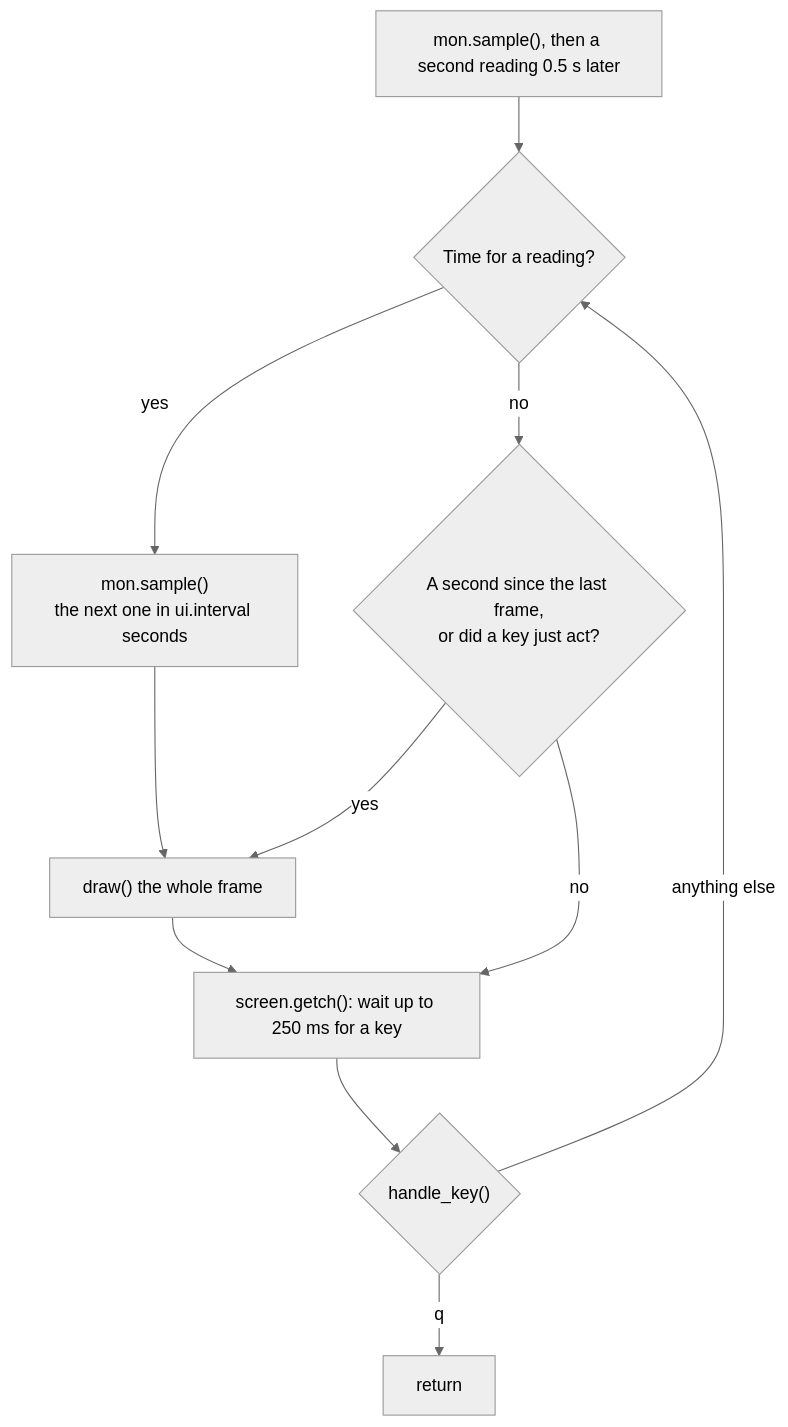
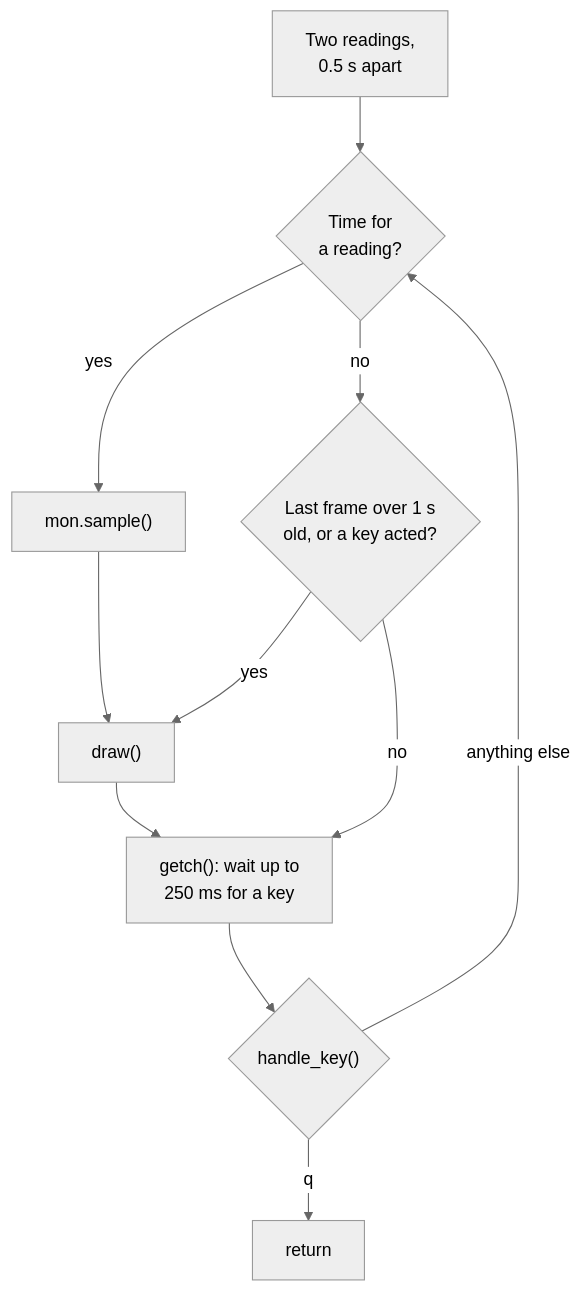
One commit to bjhinkle/lxdtop changed the third of 5 diagrams in docs/WALKTHROUGH.md. Above: the diagram before and after it, drawn with Mermaid (neutral theme). The commit also changed other lines of this file, not shown here.

First line of the commit message:
docs: shorter labels in the walkthrough's diagrams

````diff
--- a/docs/WALKTHROUGH.md
+++ b/docs/WALKTHROUGH.md
@@ -300,13 +300,13 @@
 ```mermaid
 flowchart TD
-    first["mon.sample(), then a second reading 0.5 s later"] --> due
-    due{"Time for a reading?"} -- yes --> sample["mon.sample()<br/>the next one in ui.interval seconds"]
-    sample --> draw["draw() the whole frame"]
-    due -- no --> stale{"A second since the last frame,<br/>or did a key just act?"}
+    first["Two readings,<br/>0.5 s apart"] --> due
+    due{"Time for<br/>a reading?"} -- yes --> sample["mon.sample()"]
+    sample --> draw["draw()"]
+    due -- no --> stale{"Last frame over 1 s<br/>old, or a key acted?"}
     stale -- yes --> draw
     stale -- no --> key
-    draw --> key["screen.getch(): wait up to 250 ms for a key"]
+    draw --> key["getch(): wait up to<br/>250 ms for a key"]
     key --> act{"handle_key()"}
     act -- "q" --> quit["return"]
     act -- "anything else" --> due
 ```
````
